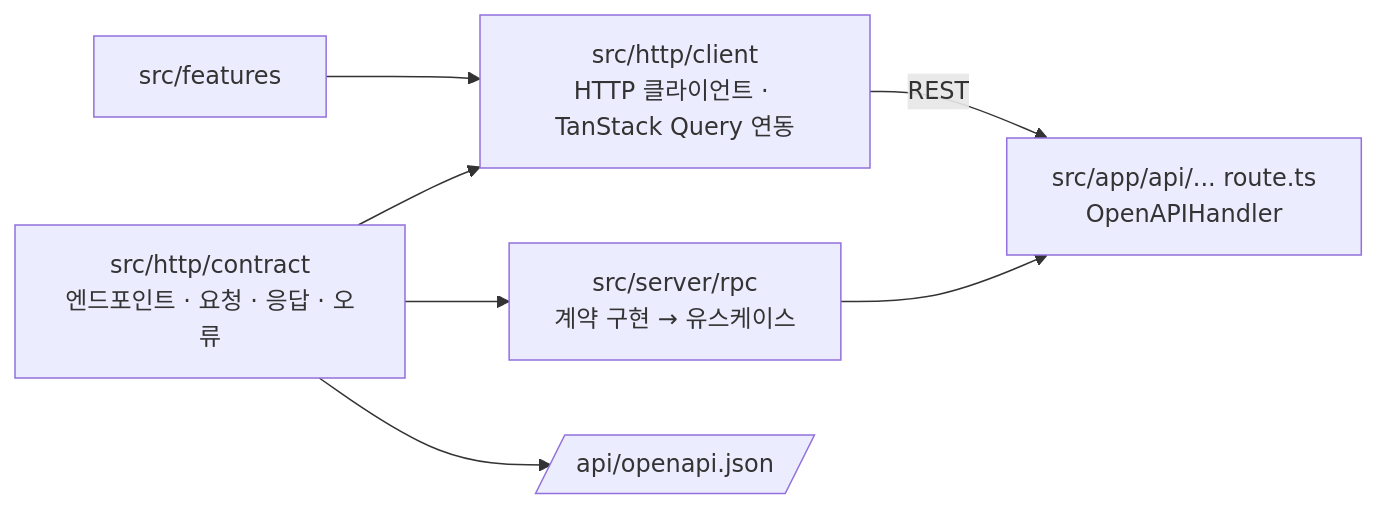
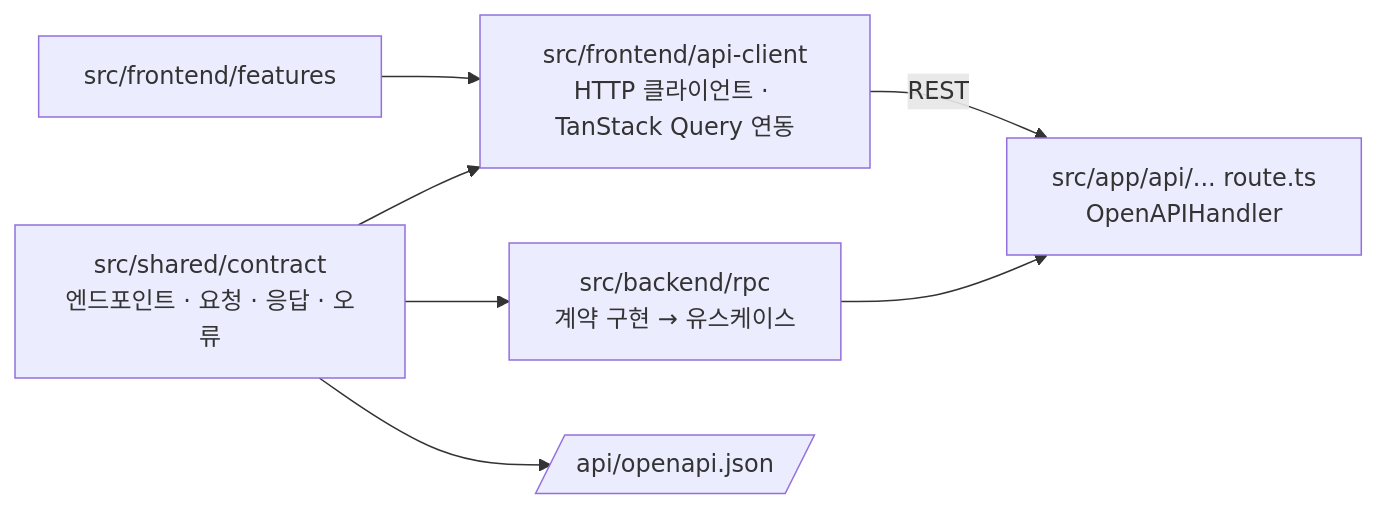
Before and after one commit to Changsik00/inkle: the diagram in docs/decisions/ADR-007-frontend-structure.md, drawn with Mermaid. The commit also changed other lines of this file and 166 other files, not shown here.

Commit message:
refactor(spec-01-04): split src into backend, frontend and shared

````diff
--- a/docs/decisions/ADR-007-frontend-structure.md
+++ b/docs/decisions/ADR-007-frontend-structure.md
@@ -43,9 +43,9 @@
 ```mermaid
 flowchart LR
-    C[src/http/contract<br/>엔드포인트 · 요청 · 응답 · 오류] --> S[src/server/rpc<br/>계약 구현 → 유스케이스]
-    C --> K[src/http/client<br/>HTTP 클라이언트 · TanStack Query 연동]
+    C[src/shared/contract<br/>엔드포인트 · 요청 · 응답 · 오류] --> S[src/backend/rpc<br/>계약 구현 → 유스케이스]
+    C --> K[src/frontend/api-client<br/>HTTP 클라이언트 · TanStack Query 연동]
     C --> O[/api/openapi.json/]
     S --> R[src/app/api/... route.ts<br/>OpenAPIHandler]
     K -->|REST| R
-    F[src/features] --> K
+    F[src/frontend/features] --> K
 ```
````
